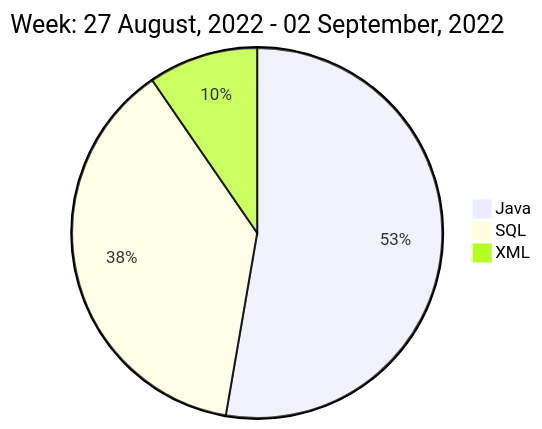
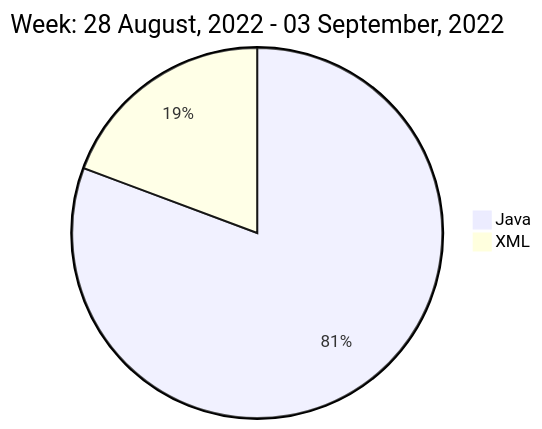
One commit to liubin95/liubin95 changed the diagram in README.md. Above: the diagram before and after it, drawn with Mermaid.

Commit message:
Updated the Graph with new Metrics

````diff
--- a/README.md
+++ b/README.md
@@ -40,7 +40,6 @@
 ```mermaid
  pie
-title Week: 27 August, 2022 - 02 September, 2022
- "Java" : 1.65
- "SQL" : 1.18
- "XML" : 0.3
+title Week: 28 August, 2022 - 03 September, 2022
+ "Java" : 1.17
+ "XML" : 0.28
 ```
````
